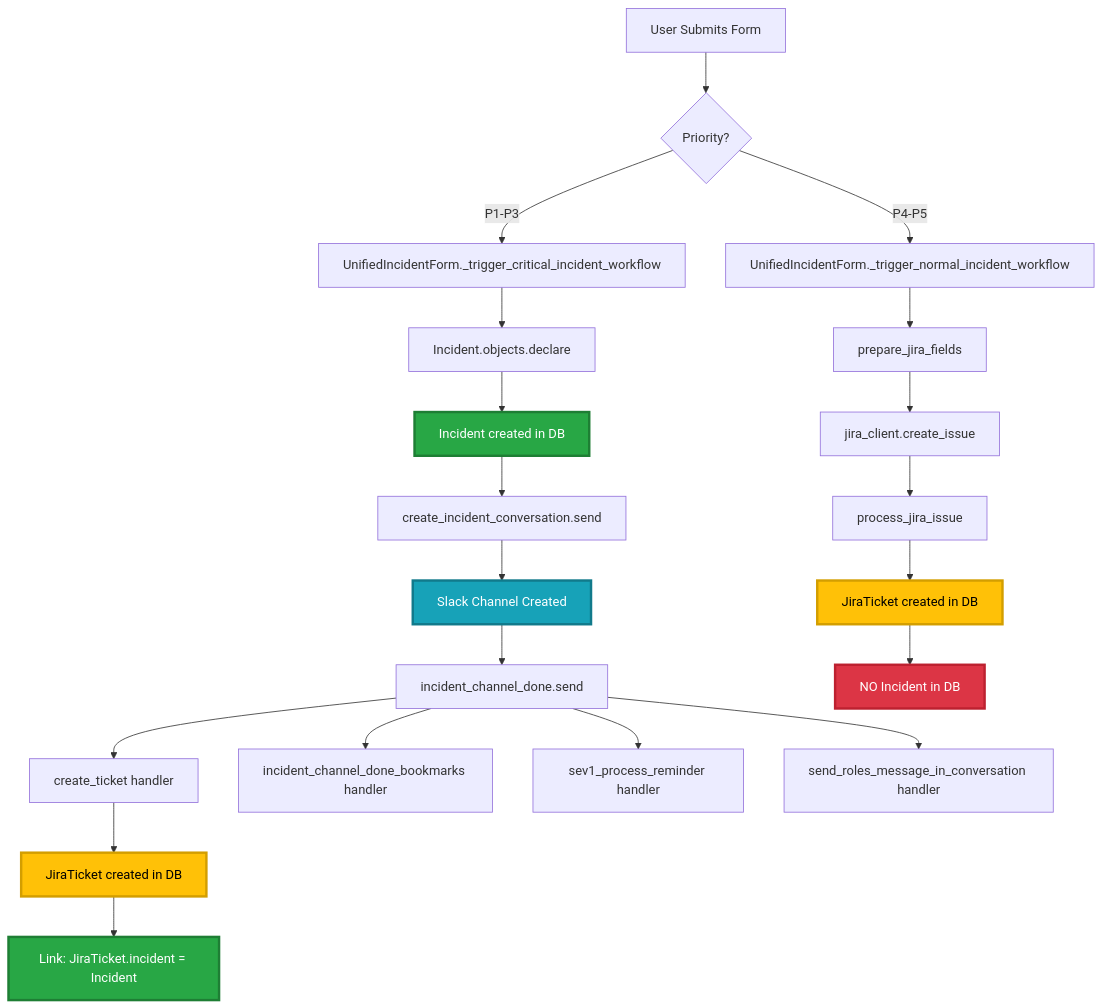
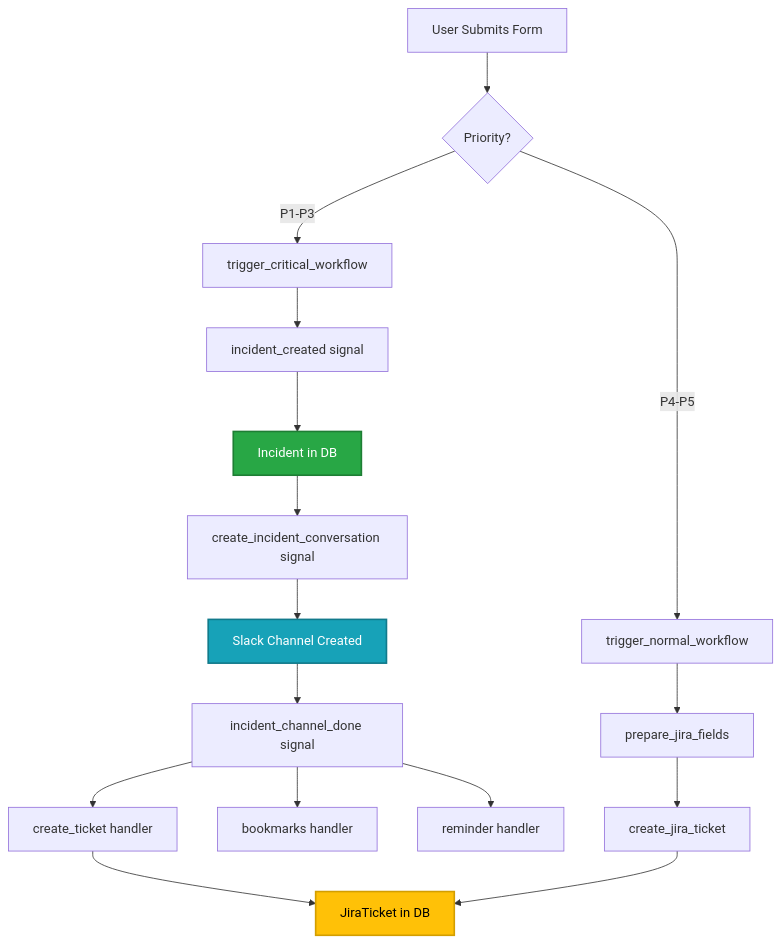
One commit to ManoManoTech/firefighter-incident changed the diagram in docs/architecture/incident-workflows.md. Above: the diagram before and after it, drawn with Mermaid. The commit also changed other lines of this file and 6 other files, not shown here.

First line of the commit message:
docs: refactor incident workflow documentation - consolidate and simplify

````diff
--- a/docs/architecture/incident-workflows.md
+++ b/docs/architecture/incident-workflows.md
@@ -102,35 +39,28 @@
 ```mermaid
 graph TD
     A[User Submits Form] --> B{Priority?}
 
-    B -->|P1-P3| C[UnifiedIncidentForm._trigger_critical_incident_workflow]
-    B -->|P4-P5| D[UnifiedIncidentForm._trigger_normal_incident_workflow]
+    B -->|P1-P3| C[trigger_critical_workflow]
+    B -->|P4-P5| D[trigger_normal_workflow]
 
-    C --> E[Incident.objects.declare]
-    E --> F[Incident created in DB]
-    F --> G[create_incident_conversation.send]
+    C --> E["incident_created signal"]
+    E --> F["Incident in DB"]
+    F --> G["create_incident_conversation signal"]
 
-    G --> H[Slack Channel Created]
-    H --> I[incident_channel_done.send]
+    G --> H["Slack Channel Created"]
+    H --> I["incident_channel_done signal"]
 
-    I --> J1[create_ticket handler]
-    I --> J2[incident_channel_done_bookmarks handler]
-    I --> J3[sev1_process_reminder handler]
-    I --> J4[send_roles_message_in_conversation handler]
+    I --> J1["create_ticket handler"]
+    I --> J2["bookmarks handler"]
+    I --> J3["reminder handler"]
 
-    J1 --> K[JiraTicket created in DB]
-    K --> L[Link: JiraTicket.incident = Incident]
+    J1 --> K["JiraTicket in DB"]
 
-    D --> M[prepare_jira_fields]
-    M --> N[jira_client.create_issue]
-    N --> O[process_jira_issue]
-    O --> P[JiraTicket created in DB]
-    P --> Q[NO Incident in DB]
+    D --> M["prepare_jira_fields"]
+    M --> N["create_jira_ticket"]
+    N --> K
 
-    style F fill:#28a745,stroke:#1e7e34,stroke-width:3px,color:#fff
-    style H fill:#17a2b8,stroke:#117a8b,stroke-width:3px,color:#fff
-    style K fill:#ffc107,stroke:#d39e00,stroke-width:3px,color:#000
-    style L fill:#28a745,stroke:#1e7e34,stroke-width:3px,color:#fff
-    style P fill:#ffc107,stroke:#d39e00,stroke-width:3px,color:#000
-    style Q fill:#dc3545,stroke:#bd2130,stroke-width:3px,color:#fff
+    style F fill:#28a745,stroke:#1e7e34,stroke-width:2px,color:#fff
+    style H fill:#17a2b8,stroke:#117a8b,stroke-width:2px,color:#fff
+    style K fill:#ffc107,stroke:#d39e00,stroke-width:2px,color:#000
 ```
````
